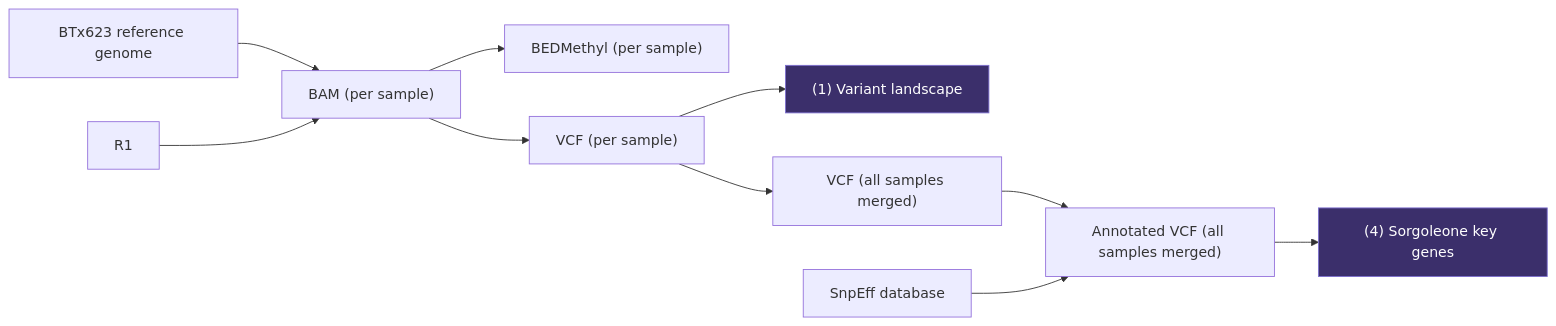
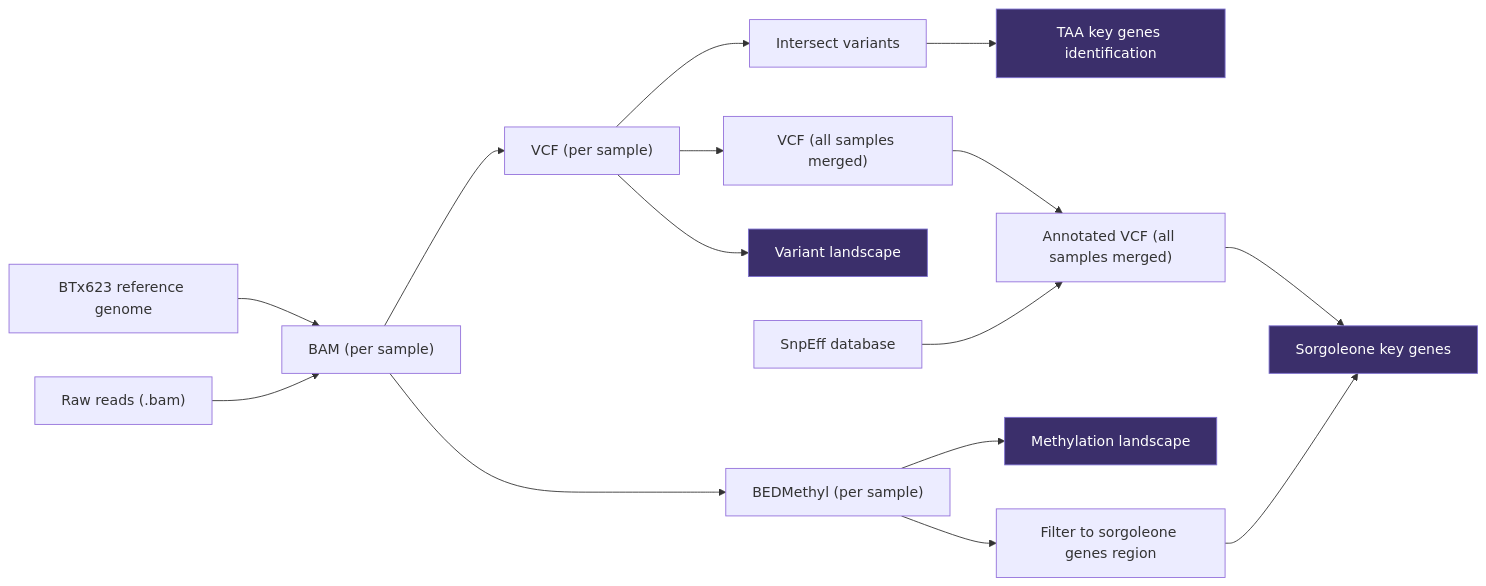
Before and after one commit to daffaaprilio/masters_thesis: the diagram in analysis/ANALYSIS.md, drawn with Mermaid.

Commit message:
Update Mermaid data flow chart

````diff
--- a/analysis/ANALYSIS.md
+++ b/analysis/ANALYSIS.md
@@ -16,22 +16,30 @@
 ```mermaid
 flowchart LR
     R[BTx623 reference genome] --> B4
 
-    R1 --> B4["BAM (per sample)"]
+    R1["Raw reads (.bam)"] --> B4["BAM (per sample)"]
 
     B4 --> BED["BEDMethyl (per sample)"]
 
     B4 --> V4["VCF (per sample)"]
+    V4 --> BCFI["Intersect variants"]
+    BCFI --> TAA["TAA key genes identification"]
 
-    V4 --> VL["(1) Variant landscape"]
+    V4 --> VL["Variant landscape"]
 
     V4 --> MRG["VCF (all samples merged)"]
 
     MRG --> ANN["Annotated VCF (all samples merged)"]
     SNPEFF[SnpEff database] --> ANN
 
-    ANN --> SKG["(4) Sorgoleone key genes"]
+    ANN --> SKG["Sorgoleone key genes"]
+
+    BED --> ML["Methylation landscape"]
+    BED --> FSG["Filter to sorgoleone genes region"]
+    FSG --> SKG
 
     style VL fill:#3b2f6b,stroke:#7c6fcf,color:#fff
     style SKG fill:#3b2f6b,stroke:#7c6fcf,color:#fff
+    style ML fill:#3b2f6b,stroke:#7c6fcf,color:#fff
+    style TAA fill:#3b2f6b,stroke:#7c6fcf,color:#fff
 ```
````
